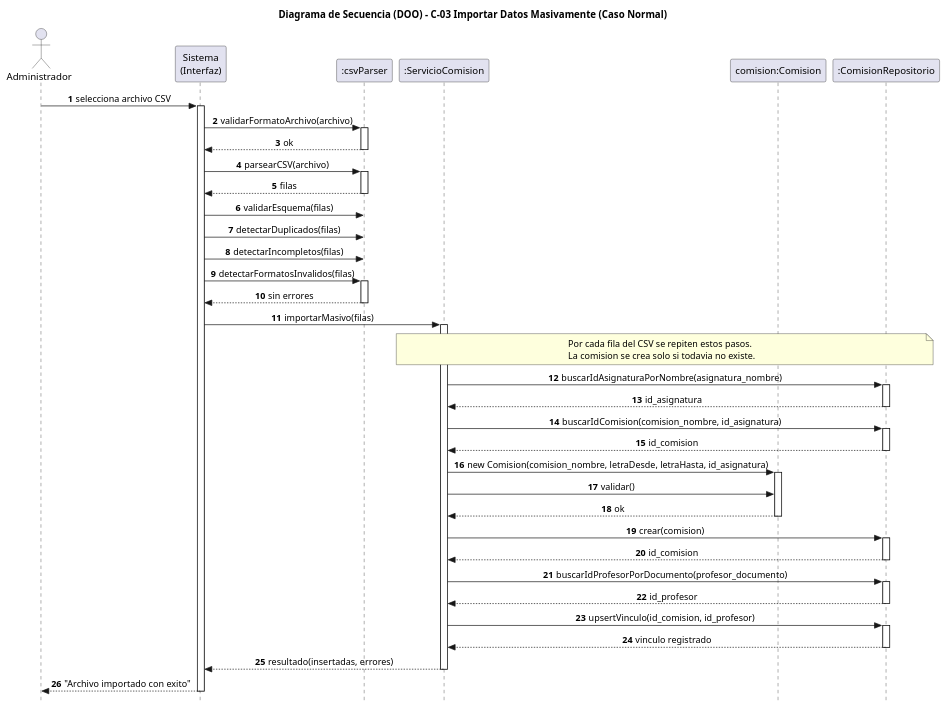
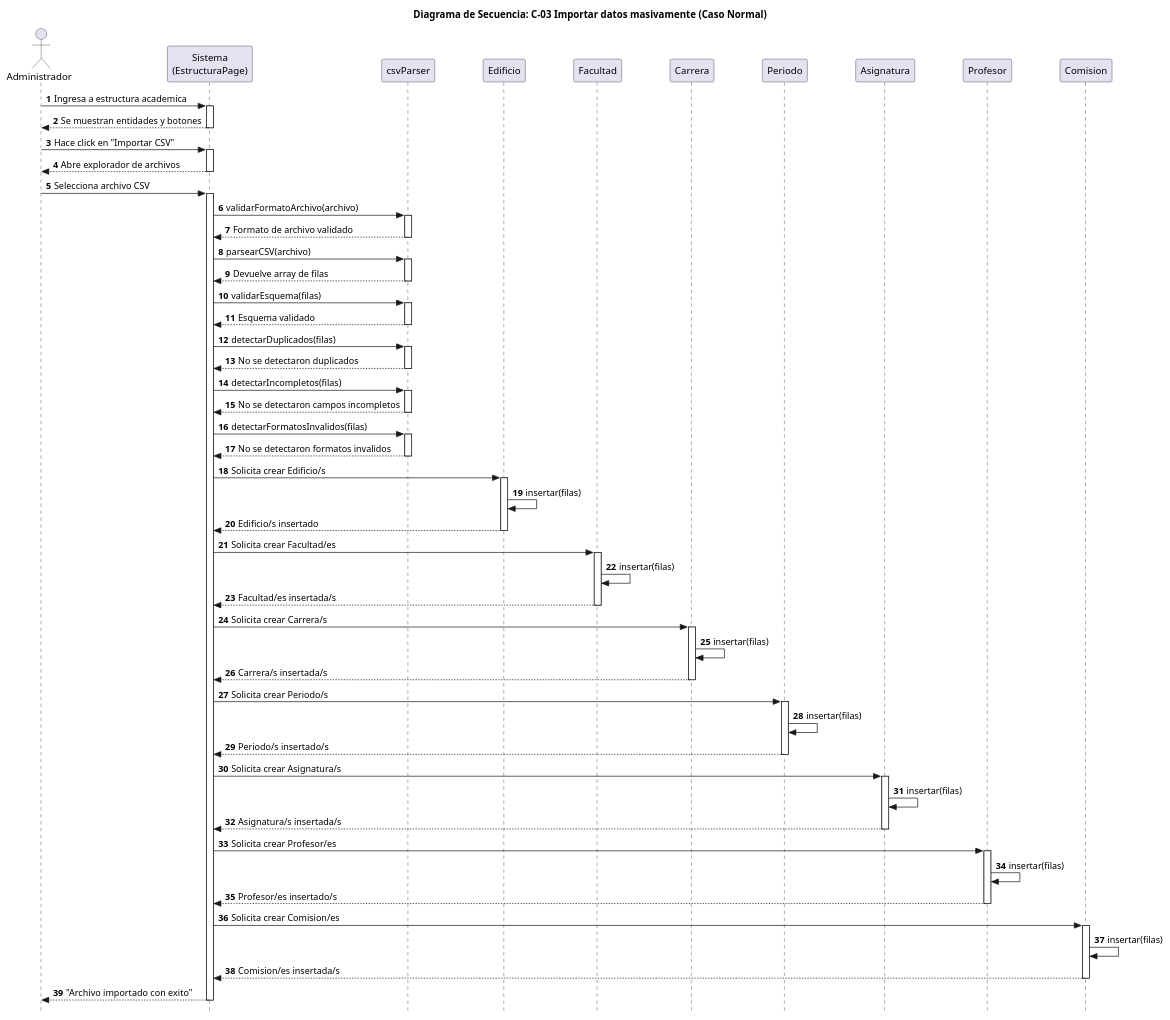
The diagram in docs/puml/actualizacion_claude/C-03 Importar datos masivamente (Caso Normal).puml (SantiagoScetti/sic-unne-admin), drawn with PlantUML before and after one commit. The commit also changed 15 other files, not shown here.

```diff
--- a/docs/puml/actualizacion_claude/C-03 Importar datos masivamente (Caso Normal).puml
+++ b/docs/puml/actualizacion_claude/C-03 Importar datos masivamente (Caso Normal).puml
@@ -1,84 +1,105 @@
 @startuml
-title Diagrama de Secuencia (DOO) - C-03 Importar Datos Masivamente (Caso Normal)
 
-' La Interfaz valida y parsea el CSV con el objeto csvParser (validaciones de
-' presentacion). Con las filas validas invoca a ServicioComision.importarMasivo,
-' que procesa fila por fila, delegando busquedas y altas en el repositorio y la
-' validacion de negocio en la entidad Comision.
+title Diagrama de Secuencia: C-03 Importar datos masivamente (Caso Normal)
 
 skinparam style strictuml
-skinparam sequenceMessageAlign center
-hide footbox
+skinparam ParticipantPadding 30
+skinparam BoxPadding 12
+
 autonumber
 
-actor Administrador as Admin
+actor Administrador
+participant "Sistema\n(EstructuraPage)" as Interfaz
+participant "csvParser"                 as Parser
+participant "Edificio"
+participant "Facultad"
+participant "Carrera"
+participant "Periodo"
+participant "Asignatura"       
+participant "Profesor" 
+participant "Comision"        
 
-participant "Sistema\n(Interfaz)"     as UI
-participant ":csvParser"             as Parser
-participant ":ServicioComision"      as Serv
-participant "comision:Comision"      as Com
-participant ":ComisionRepositorio"   as Repo
 
-Admin -> UI : selecciona archivo CSV
-activate UI
 
-UI -> Parser : validarFormatoArchivo(archivo)
+Administrador -> Interfaz: Ingresa a estructura academica
+activate Interfaz
+Interfaz --> Administrador: Se muestran entidades y botones
+deactivate Interfaz
+
+Administrador -> Interfaz: Hace click en "Importar CSV"
+activate Interfaz
+Interfaz --> Administrador: Abre explorador de archivos
+deactivate Interfaz
+
+Administrador -> Interfaz: Selecciona archivo CSV
+activate Interfaz
+
+Interfaz -> Parser: validarFormatoArchivo(archivo)
 activate Parser
-Parser --> UI : ok
+Parser --> Interfaz: Formato de archivo validado
 deactivate Parser
 
-UI -> Parser : parsearCSV(archivo)
+Interfaz -> Parser: parsearCSV(archivo)
 activate Parser
-Parser --> UI : filas
+Parser --> Interfaz: Devuelve array de filas
 deactivate Parser
 
-UI -> Parser : validarEsquema(filas)
-UI -> Parser : detectarDuplicados(filas)
-UI -> Parser : detectarIncompletos(filas)
-UI -> Parser : detectarFormatosInvalidos(filas)
+Interfaz -> Parser: validarEsquema(filas)
 activate Parser
-Parser --> UI : sin errores
+Parser --> Interfaz: Esquema validado
 deactivate Parser
 
-UI -> Serv : importarMasivo(filas)
-activate Serv
+Interfaz -> Parser: detectarDuplicados(filas)
+activate Parser
+Parser --> Interfaz: No se detectaron duplicados
+deactivate Parser
 
-note over Serv, Repo : Por cada fila del CSV se repiten estos pasos.\nLa comision se crea solo si todavia no existe.
+Interfaz -> Parser: detectarIncompletos(filas)
+activate Parser
+Parser --> Interfaz: No se detectaron campos incompletos
+deactivate Parser
 
-Serv -> Repo : buscarIdAsignaturaPorNombre(asignatura_nombre)
-activate Repo
-Repo --> Serv : id_asignatura
-deactivate Repo
+Interfaz -> Parser: detectarFormatosInvalidos(filas)
+activate Parser
+Parser --> Interfaz: No se detectaron formatos invalidos
+deactivate Parser
+Interfaz -> Edificio: Solicita crear Edificio/s
+activate Edificio
+Edificio -> Edificio: insertar(filas)
+Edificio --> Interfaz: Edificio/s insertado 
+deactivate Edificio
+Interfaz -> Facultad: Solicita crear Facultad/es
+activate Facultad
+Facultad -> Facultad: insertar(filas)
+Facultad --> Interfaz: Facultad/es insertada/s
+deactivate Facultad
+Interfaz -> Carrera: Solicita crear Carrera/s
+activate Carrera
+Carrera -> Carrera: insertar(filas)
+Carrera --> Interfaz: Carrera/s insertada/s
+deactivate Carrera
+Interfaz -> Periodo: Solicita crear Periodo/s
+activate Periodo
+Periodo -> Periodo: insertar(filas)
+Periodo --> Interfaz: Periodo/s insertado/s
+deactivate Periodo
+Interfaz -> Asignatura: Solicita crear Asignatura/s
+activate Asignatura
+Asignatura -> Asignatura: insertar(filas)
+Asignatura --> Interfaz: Asignatura/s insertada/s
+deactivate Asignatura
+Interfaz -> Profesor: Solicita crear Profesor/es
+activate Profesor
+Profesor -> Profesor: insertar(filas)
+Profesor --> Interfaz: Profesor/es insertado/s
+deactivate Profesor
+Interfaz -> Comision: Solicita crear Comision/es
+activate Comision
+Comision -> Comision: insertar(filas)
+Comision --> Interfaz: Comision/es insertada/s
+deactivate Comision
 
-Serv -> Repo : buscarIdComision(comision_nombre, id_asignatura)
-activate Repo
-Repo --> Serv : id_comision
-deactivate Repo
-
-Serv -> Com : new Comision(comision_nombre, letraDesde, letraHasta, id_asignatura)
-activate Com
-Serv -> Com : validar()
-Com --> Serv : ok
-deactivate Com
-
-Serv -> Repo : crear(comision)
-activate Repo
-Repo --> Serv : id_comision
-deactivate Repo
-
-Serv -> Repo : buscarIdProfesorPorDocumento(profesor_documento)
-activate Repo
-Repo --> Serv : id_profesor
-deactivate Repo
-
-Serv -> Repo : upsertVinculo(id_comision, id_profesor)
-activate Repo
-Repo --> Serv : vinculo registrado
-deactivate Repo
-
-Serv --> UI : resultado(insertadas, errores)
-deactivate Serv
-UI --> Admin : "Archivo importado con exito"
-deactivate UI
+Interfaz --> Administrador: "Archivo importado con exito"
+deactivate Interfaz
 
 @enduml
```
